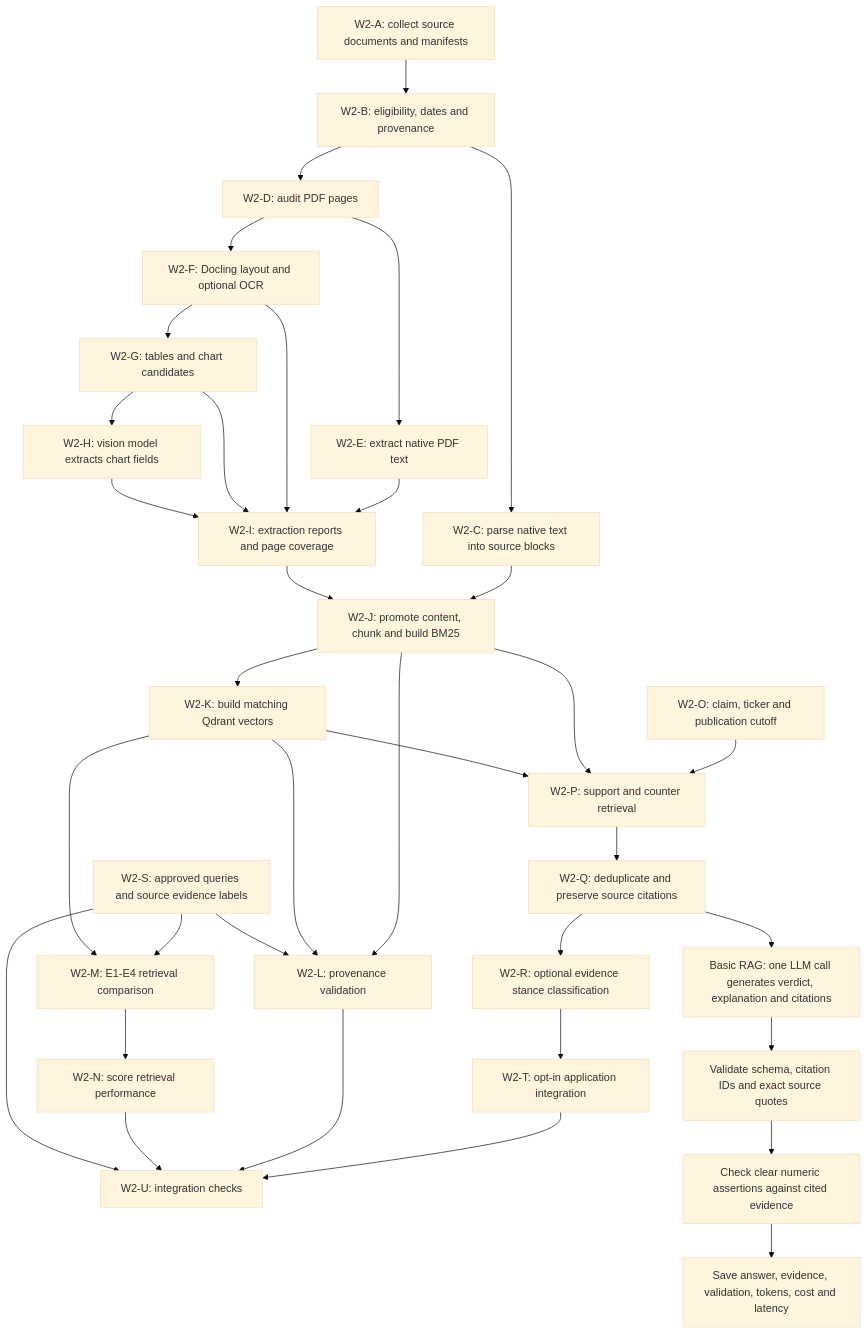
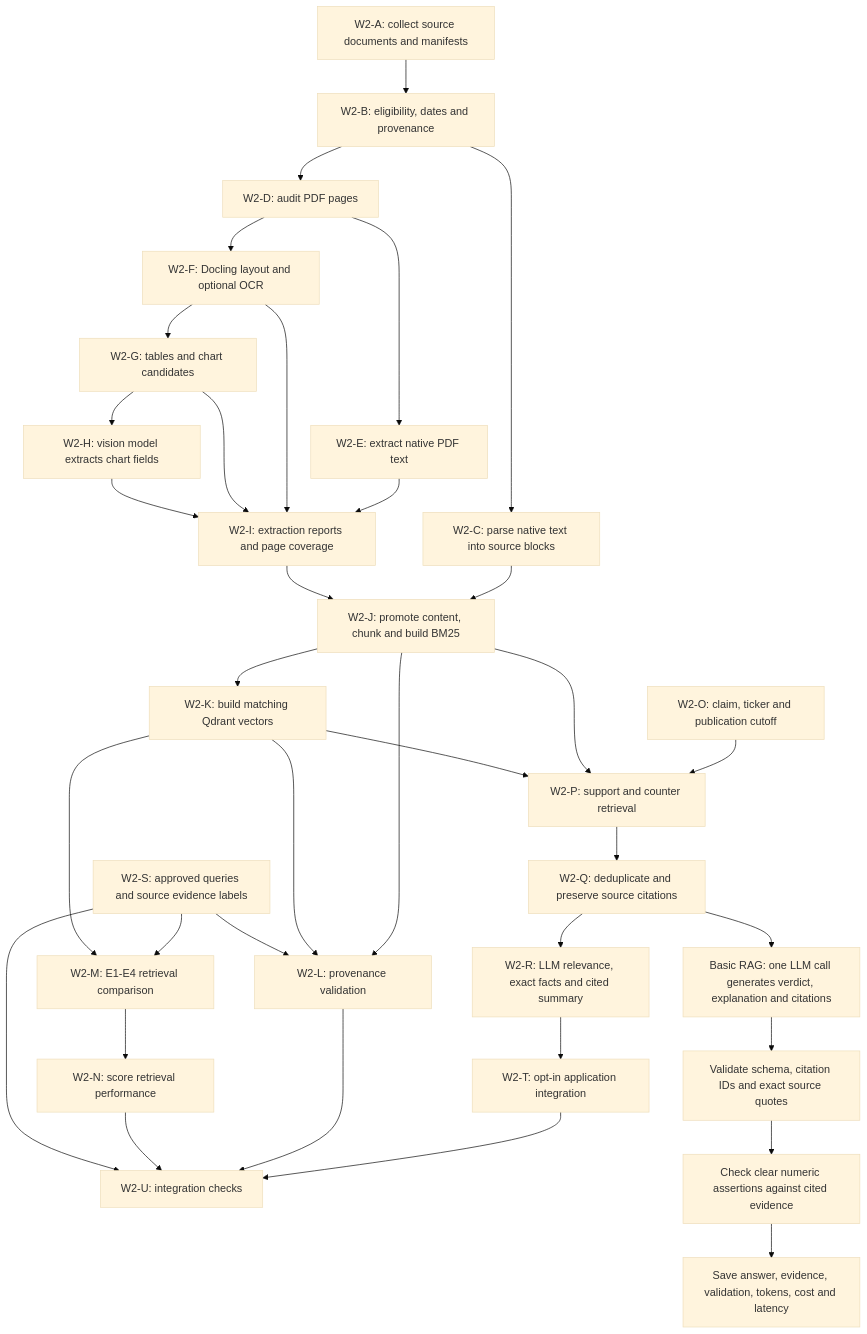
One commit to hungdp123/GenAI-group-project changed the diagram in docs/narrative/workflow/summary_week_2.md. Above: the diagram before and after it, drawn with Mermaid (base theme). The commit also changed other lines of this file and 11 other files, not shown here.

````diff
--- a/docs/narrative/workflow/summary_week_2.md
+++ b/docs/narrative/workflow/summary_week_2.md
@@ -11,37 +23,37 @@
 ```mermaid
 flowchart TD
     A[W2-A: collect source documents and manifests] --> B[W2-B: eligibility, dates and provenance]
     B --> C[W2-C: parse native text into source blocks]
     B --> D[W2-D: audit PDF pages]
     D --> E[W2-E: extract native PDF text]
     D --> F[W2-F: Docling layout and optional OCR]
     F --> G[W2-G: tables and chart candidates]
     G --> H[W2-H: vision model extracts chart fields]
     E --> I[W2-I: extraction reports and page coverage]
     F --> I
     G --> I
     H --> I
     C --> J[W2-J: promote content, chunk and build BM25]
     I --> J
     J --> K[W2-K: build matching Qdrant vectors]
     S[W2-S: approved queries and source evidence labels] --> M[W2-M: E1-E4 retrieval comparison]
     K --> M
     M --> N[W2-N: score retrieval performance]
     J --> L[W2-L: provenance validation]
     K --> L
     S --> L
     O[W2-O: claim, ticker and publication cutoff] --> P[W2-P: support and counter retrieval]
     J --> P
     K --> P
     P --> Q[W2-Q: deduplicate and preserve source citations]
-    Q --> R[W2-R: optional evidence stance classification]
+    Q --> R[W2-R: LLM relevance, exact facts and cited summary]
     R --> T[W2-T: opt-in application integration]
     T --> U[W2-U: integration checks]
     L --> U
     N --> U
     S --> U
     Q --> V[Basic RAG: one LLM call generates verdict, explanation and citations]
     V --> W[Validate schema, citation IDs and exact source quotes]
     W --> X[Check clear numeric assertions against cited evidence]
     X --> Y[Save answer, evidence, validation, tokens, cost and latency]
 ```
````
